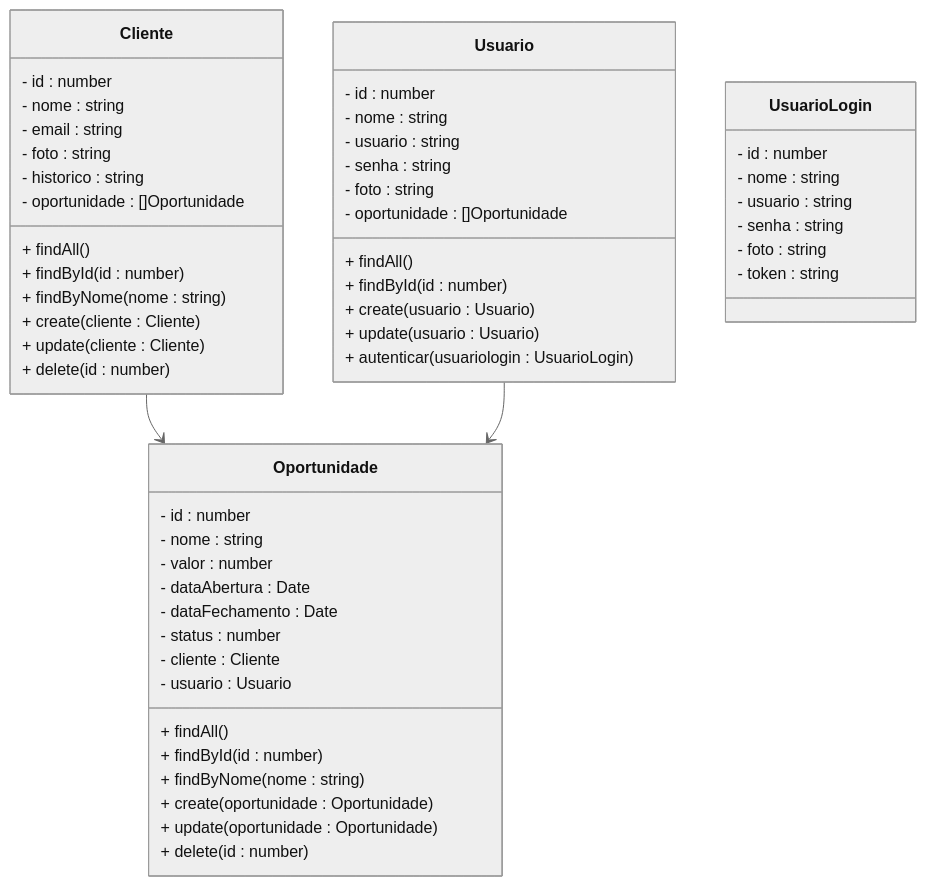
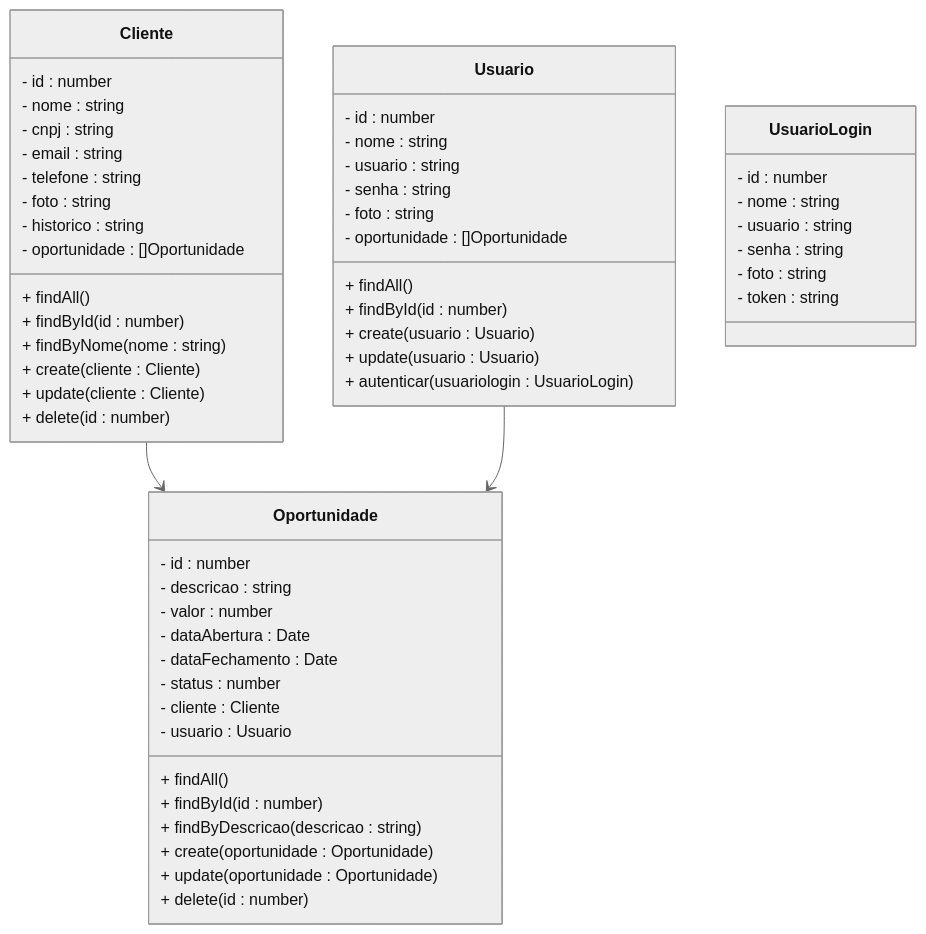
One commit to rafaelq80/crm-nest changed the diagram in README.md. Above: the diagram before and after it, drawn with Mermaid (neutral theme). The commit also changed other lines of this file, not shown here.

Commit message:
📖 DOC:  Atualização do README

````diff
--- a/README.md
+++ b/README.md
@@ -59,56 +59,58 @@
 ```mermaid
 classDiagram
 class Cliente {
   - id : number
   - nome : string
+  - cnpj : string
   - email : string
+  - telefone : string
   - foto : string
   - historico : string
   - oportunidade : []Oportunidade
   + findAll()
   + findById(id : number)
   + findByNome(nome : string)
   + create(cliente : Cliente)
   + update(cliente : Cliente)
   + delete(id : number)
 }
 class Oportunidade {
   - id : number
-  - nome : string
+  - descricao : string
   - valor : number
   - dataAbertura : Date
   - dataFechamento : Date
   - status : number
   - cliente : Cliente
   - usuario : Usuario
   + findAll()
   + findById(id : number)
-  + findByNome(nome : string)
+  + findByDescricao(descricao : string)
   + create(oportunidade : Oportunidade)
   + update(oportunidade : Oportunidade)
   + delete(id : number)
 }
 class Usuario {
   - id : number
   - nome : string
   - usuario : string
   - senha : string
   - foto : string
   - oportunidade : []Oportunidade
   + findAll()
   + findById(id : number)
   + create(usuario : Usuario)
   + update(usuario : Usuario)
   + autenticar(usuariologin : UsuarioLogin)
 }
 class UsuarioLogin{
   - id : number
   - nome : string
   - usuario : string
   - senha : string
   - foto : string
   - token : string
 }
 Cliente --> Oportunidade
 Usuario --> Oportunidade
 ```
````
